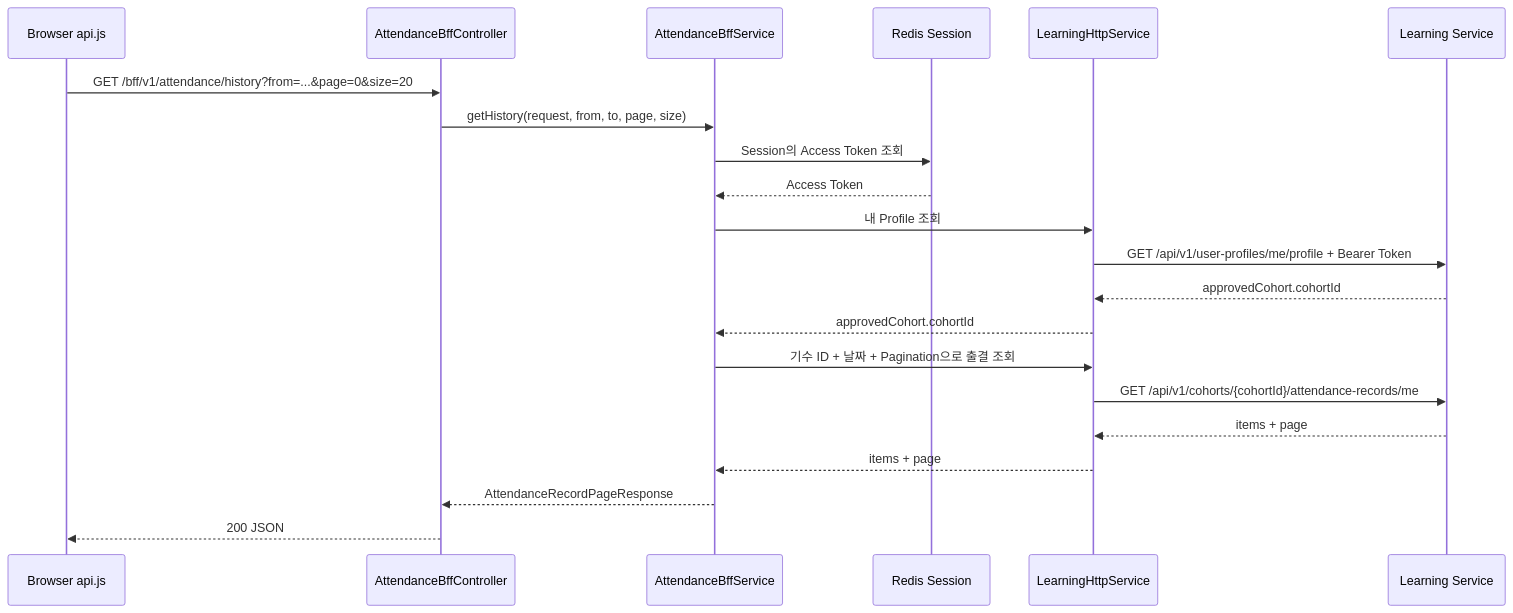
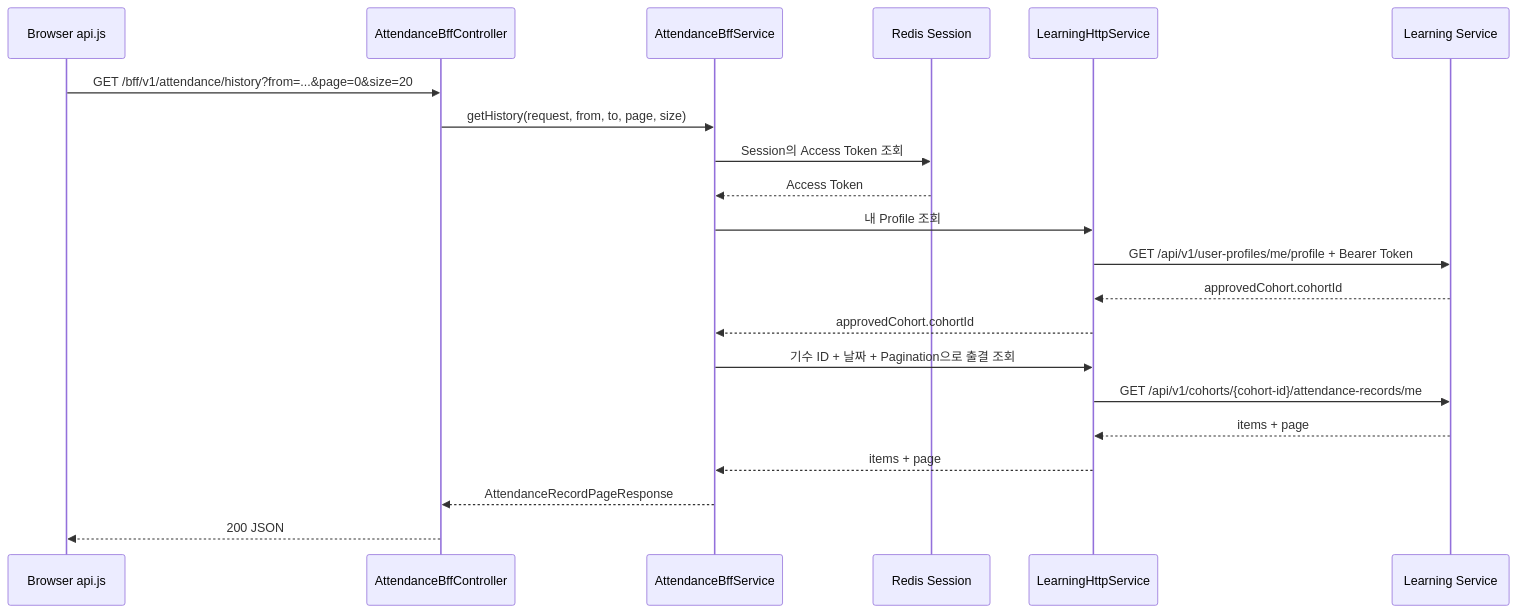
One commit to nhnacademy-aiot3-omagotchi/omagotchi-frontend changed the second of 2 diagrams in docs/onboarding/04-bff-request-flow.md. Above: the diagram before and after it, drawn with Mermaid. The commit also changed other lines of this file and 20 other files, not shown here.

````diff
--- a/docs/onboarding/04-bff-request-flow.md
+++ b/docs/onboarding/04-bff-request-flow.md
@@ -175,24 +175,24 @@
 ```mermaid
 sequenceDiagram
     participant JS as Browser api.js
     participant C as AttendanceBffController
     participant S as AttendanceBffService
     participant R as Redis Session
     participant H as LearningHttpService
     participant L as Learning Service
 
     JS->>C: GET /bff/v1/attendance/history?from=...&page=0&size=20
     C->>S: getHistory(request, from, to, page, size)
     S->>R: Session의 Access Token 조회
     R-->>S: Access Token
     S->>H: 내 Profile 조회
     H->>L: GET /api/v1/user-profiles/me/profile + Bearer Token
     L-->>H: approvedCohort.cohortId
     H-->>S: approvedCohort.cohortId
     S->>H: 기수 ID + 날짜 + Pagination으로 출결 조회
-    H->>L: GET /api/v1/cohorts/{cohortId}/attendance-records/me
+    H->>L: GET /api/v1/cohorts/{cohort-id}/attendance-records/me
     L-->>H: items + page
     H-->>S: items + page
     S-->>C: AttendanceRecordPageResponse
     C-->>JS: 200 JSON
 ```
````
